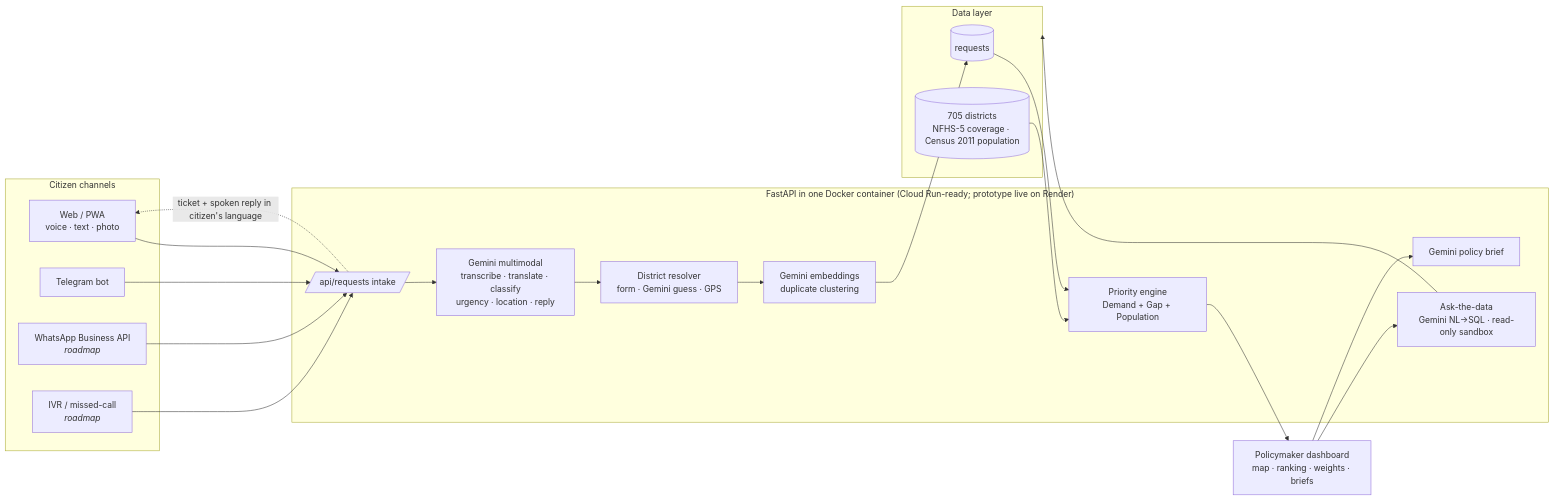
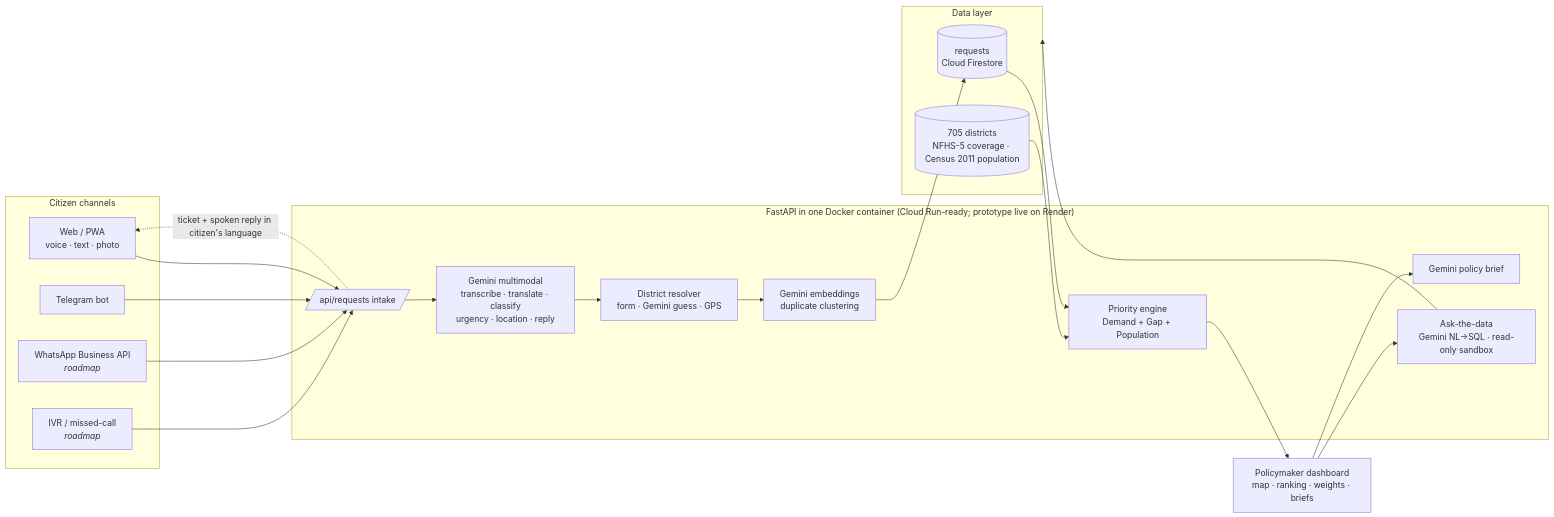
Before and after one commit to 20072601SHAMEEMA/janvaani: the diagram in docs/ARCHITECTURE.md, drawn with Mermaid. The commit also changed other lines of this file and 1 other file, not shown here.

Commit message:
README: clearer overview, how-it-works diagram, Google tools and Firestore

````diff
--- a/docs/ARCHITECTURE.md
+++ b/docs/ARCHITECTURE.md
@@ -5,30 +5,30 @@
 ```mermaid
 flowchart LR
   subgraph Channels["Citizen channels"]
     W[Web / PWA<br/>voice · text · photo]
     T[Telegram bot]
     WA[WhatsApp Business API<br/><i>roadmap</i>]
     IVR[IVR / missed-call<br/><i>roadmap</i>]
   end
 
   subgraph Run["FastAPI in one Docker container (Cloud Run-ready; prototype live on Render)"]
     I[/api/requests intake/]
     G1[Gemini multimodal<br/>transcribe · translate · classify<br/>urgency · location · reply]
     E[Gemini embeddings<br/>duplicate clustering]
     R[District resolver<br/>form · Gemini guess · GPS]
     P[Priority engine<br/>Demand + Gap + Population]
     Q[Ask-the-data<br/>Gemini NL→SQL · read-only sandbox]
     B[Gemini policy brief]
   end
 
   subgraph Data["Data layer"]
-    REQ[(requests)]
+    REQ[(requests<br/>Cloud Firestore)]
     DIST[(705 districts<br/>NFHS-5 coverage · Census 2011 population)]
   end
 
   W & T & WA & IVR --> I --> G1 --> R --> E --> REQ
   REQ & DIST --> P --> D[Policymaker dashboard<br/>map · ranking · weights · briefs]
   D --> Q --> Data
   D --> B
   I -. ticket + spoken reply in citizen's language .-> W
 ```
````
